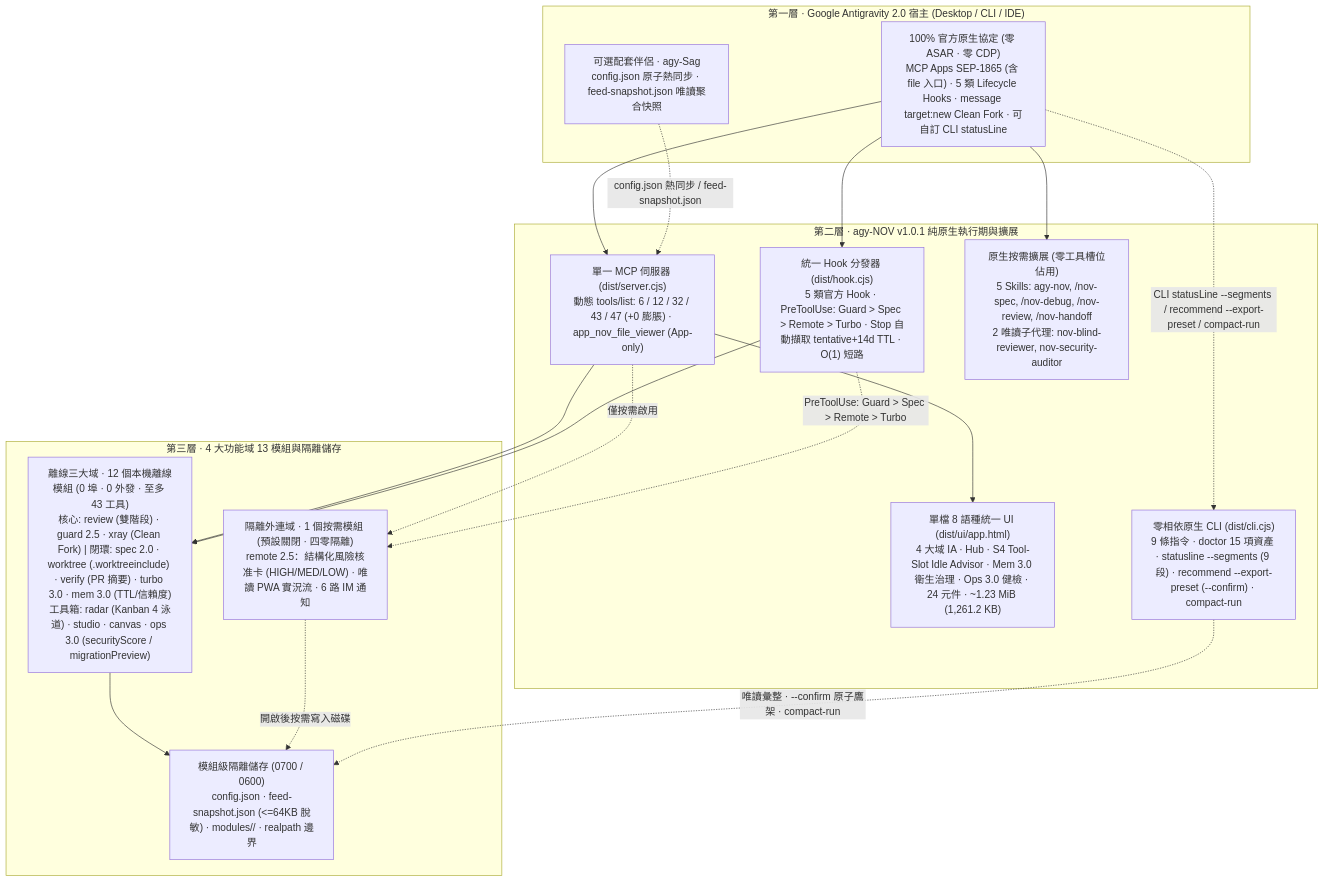
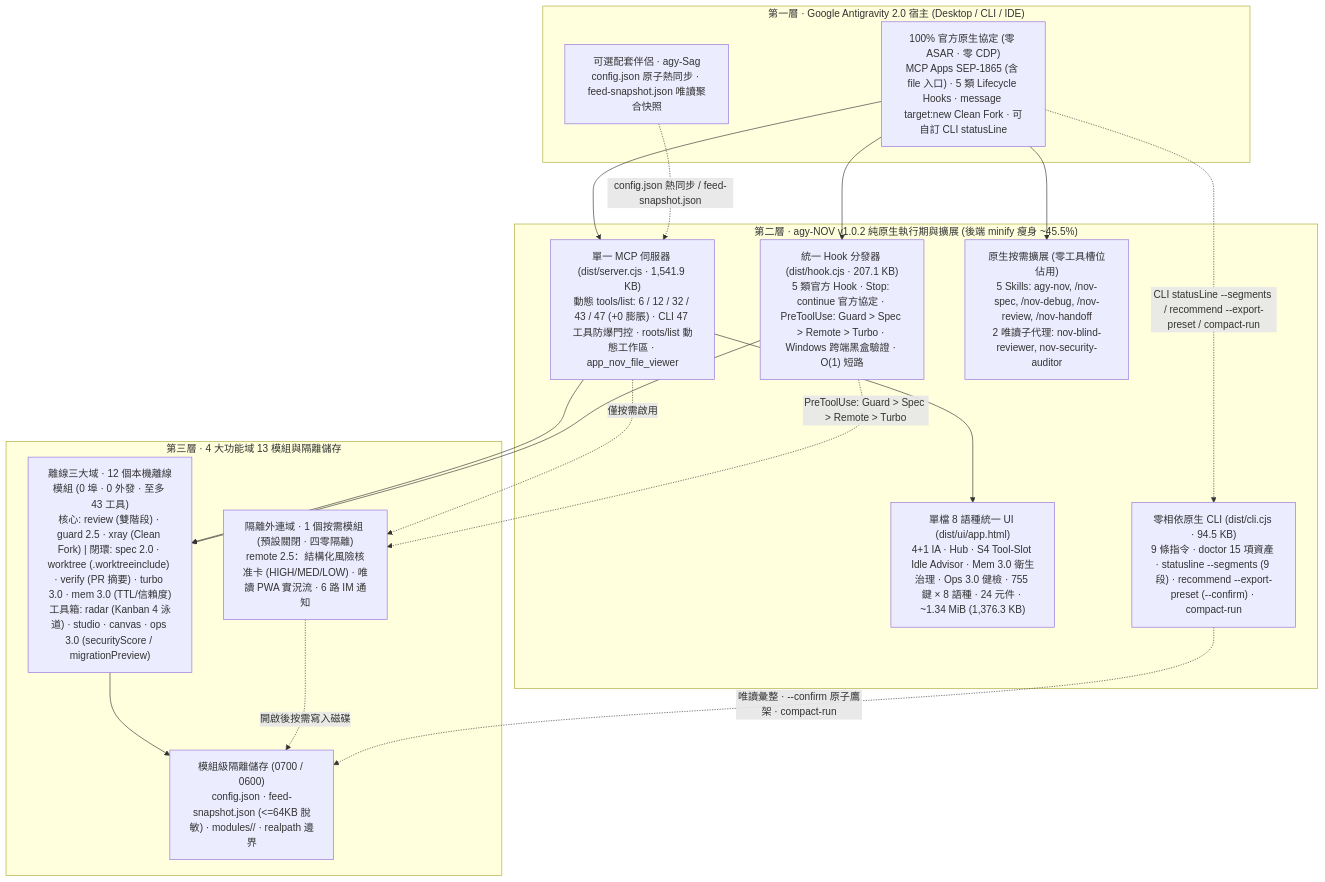
One commit to tone-leh/agy-NOV changed the diagram in docs/i18n/README.zh-TW.md. Above: the diagram before and after it, drawn with Mermaid. The commit also changed other lines of this file and 84 other files, not shown here.

Commit message:
fix(v1.0.2): Antigravity 2.35+ runtime hardening, CLI 47-tool gate, dynamic roots, 755-key 8-locale UI & 45% bundle minification

````diff
--- a/docs/i18n/README.zh-TW.md
+++ b/docs/i18n/README.zh-TW.md
@@ -239,35 +243,35 @@
 ```mermaid
 flowchart TB
   subgraph L1["第一層 · Google Antigravity 2.0 宿主 (Desktop / CLI / IDE)"]
     Host["100% 官方原生協定 (零 ASAR · 零 CDP)\nMCP Apps SEP-1865 (含 file 入口) · 5 類 Lifecycle Hooks · message target:new Clean Fork · 可自訂 CLI statusLine"]
     Sag["可選配套伴侶 · agy-Sag\nconfig.json 原子熱同步 · feed-snapshot.json 唯讀聚合快照"]
   end
 
-  subgraph L2["第二層 · agy-NOV v1.0.1 純原生執行期與擴展"]
-    MCP["單一 MCP 伺服器 (dist/server.cjs)\n動態 tools/list: 6 / 12 / 32 / 43 / 47 (+0 膨脹) · app_nov_file_viewer (App-only)"]
-    Hook["統一 Hook 分發器 (dist/hook.cjs)\n5 類官方 Hook · PreToolUse: Guard > Spec > Remote > Turbo · Stop 自動擷取 tentative+14d TTL · O(1) 短路"]
-    UI["單檔 8 語種統一 UI (dist/ui/app.html)\n4 大域 IA · Hub · S4 Tool-Slot Idle Advisor · Mem 3.0 衛生治理 · Ops 3.0 健檢 · 24 元件 · ~1.23 MiB (1,261.2 KB)"]
+  subgraph L2["第二層 · agy-NOV v1.0.2 純原生執行期與擴展 (後端 minify 瘦身 ~45.5%)"]
+    MCP["單一 MCP 伺服器 (dist/server.cjs · 1,541.9 KB)\n動態 tools/list: 6 / 12 / 32 / 43 / 47 (+0 膨脹) · CLI 47 工具防爆門控 · roots/list 動態工作區 · app_nov_file_viewer"]
+    Hook["統一 Hook 分發器 (dist/hook.cjs · 207.1 KB)\n5 類官方 Hook · Stop: continue 官方協定 · PreToolUse: Guard > Spec > Remote > Turbo · Windows 跨端黑盒驗證 · O(1) 短路"]
+    UI["單檔 8 語種統一 UI (dist/ui/app.html)\n4+1 IA · Hub · S4 Tool-Slot Idle Advisor · Mem 3.0 衛生治理 · Ops 3.0 健檢 · 755 鍵 × 8 語種 · 24 元件 · ~1.34 MiB (1,376.3 KB)"]
     Ext["原生按需擴展 (零工具槽位佔用)\n5 Skills: agy-nov, /nov-spec, /nov-debug, /nov-review, /nov-handoff\n2 唯讀子代理: nov-blind-reviewer, nov-security-auditor"]
-    CLI["零相依原生 CLI (dist/cli.cjs)\n9 條指令 · doctor 15 項資產 · statusline --segments (9 段) · recommend --export-preset (--confirm) · compact-run"]
+    CLI["零相依原生 CLI (dist/cli.cjs · 94.5 KB)\n9 條指令 · doctor 15 項資產 · statusline --segments (9 段) · recommend --export-preset (--confirm) · compact-run"]
   end
 
   subgraph L3["第三層 · 4 大功能域 13 模組與隔離儲存"]
     T1["離線三大域 · 12 個本機離線模組 (0 埠 · 0 外發 · 至多 43 工具)\n核心: review (雙階段) · guard 2.5 · xray (Clean Fork) | 閉環: spec 2.0 · worktree (.worktreeinclude) · verify (PR 摘要) · turbo 3.0 · mem 3.0 (TTL/信賴度)\n工具箱: radar (Kanban 4 泳道) · studio · canvas · ops 3.0 (securityScore / migrationPreview)"]
     T2R["隔離外連域 · 1 個按需模組 (預設關閉 · 四零隔離)\nremote 2.5：結構化風險核准卡 (HIGH/MED/LOW) · 唯讀 PWA 實況流 · 6 路 IM 通知"]
     Store["模組級隔離儲存 (0700 / 0600)\nconfig.json · feed-snapshot.json (<=64KB 脫敏) · modules/<id>/ · realpath 邊界"]
   end
 
   Host --> MCP
   Host --> Hook
   Host --> Ext
   Host -. "CLI statusLine --segments / recommend --export-preset / compact-run" .-> CLI
   Sag -. "config.json 熱同步 / feed-snapshot.json" .-> MCP
   MCP --> UI
   MCP --> T1
   MCP -. "僅按需啟用" .-> T2R
   Hook --> T1
   Hook -. "PreToolUse: Guard > Spec > Remote > Turbo" .-> T2R
   T1 --> Store
   T2R -. "開啟後按需寫入磁碟" .-> Store
   CLI -. "唯讀彙整 · --confirm 原子鷹架 · compact-run" .-> Store
 ```
````
